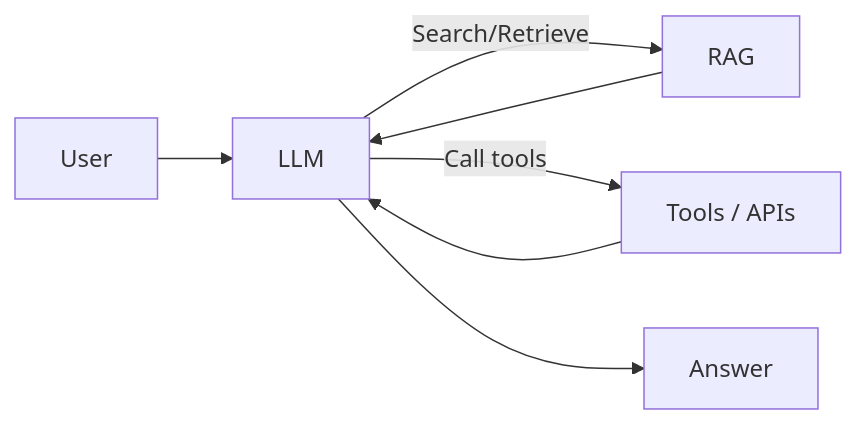
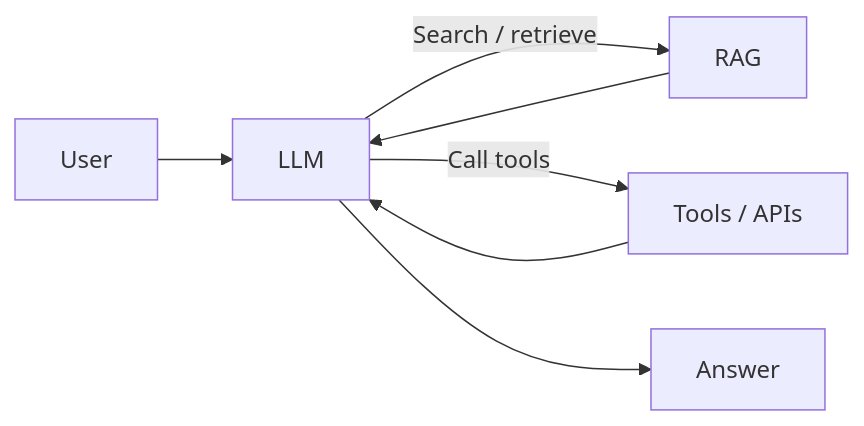
One commit to 5Reasons/5reasons.github.io changed the first of 2 diagrams in docs/methodology/llm-tool-rag.md. Above: the diagram before and after it, drawn with Mermaid. The commit also changed other lines of this file and 19 other files, not shown here.

````diff
--- a/docs/methodology/llm-tool-rag.md
+++ b/docs/methodology/llm-tool-rag.md
@@ -14,9 +34,9 @@
 ```mermaid
-flowchart LR
-  U[User] --> L[LLM]
-  L -->|Search/Retrieve| R[RAG]
-  R --> L
-  L -->|Call tools| T[Tools / APIs]
-  T --> L
-  L --> A[Answer]
+flowchart LR;
+  U["User"] --> L["LLM"];
+  L -->|"Search / retrieve"| R["RAG"];
+  R --> L;
+  L -->|"Call tools"| T["Tools / APIs"];
+  T --> L;
+  L --> A["Answer"];
 ```
````
